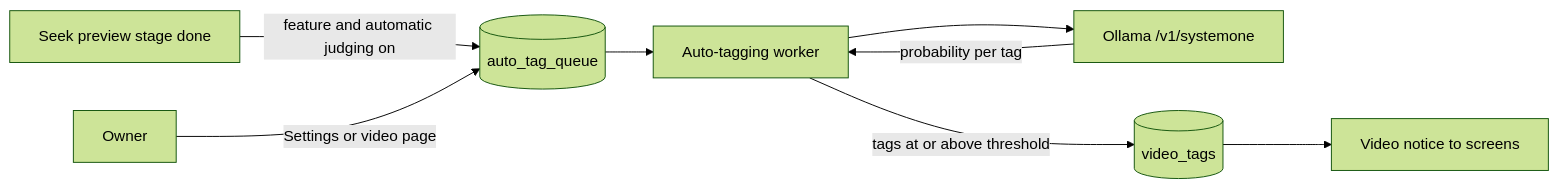
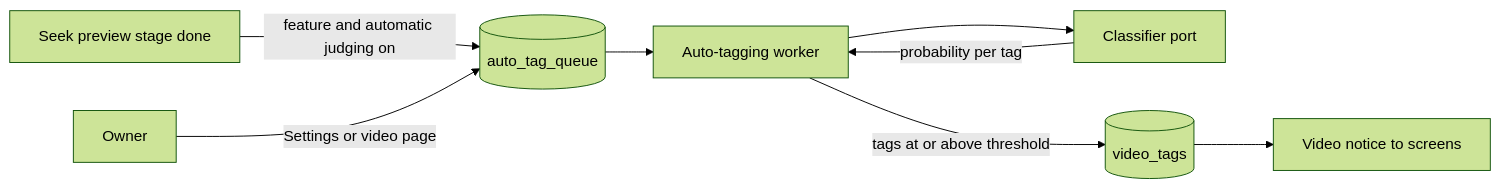
One commit to syudead/vv changed the first of 3 diagrams in docs/design-docs/auto-tagging.md. Above: the diagram before and after it, drawn with Mermaid (forest theme). The commit also changed other lines of this file and 34 other files, not shown here.

````diff
--- a/docs/design-docs/auto-tagging.md
+++ b/docs/design-docs/auto-tagging.md
@@ -13,10 +14,10 @@
 ```mermaid
 flowchart LR
   seek[Seek preview stage done] -->|feature and automatic judging on| queue[(auto_tag_queue)]
   owner[Owner] -->|Settings or video page| queue
   queue --> worker[Auto-tagging worker]
-  worker --> clef[Ollama /v1/systemone]
-  clef -->|probability per tag| worker
+  worker --> port[Classifier port]
+  port -->|probability per tag| worker
   worker -->|tags at or above threshold| tags[(video_tags)]
   tags --> screen[Video notice to screens]
 ```
````
